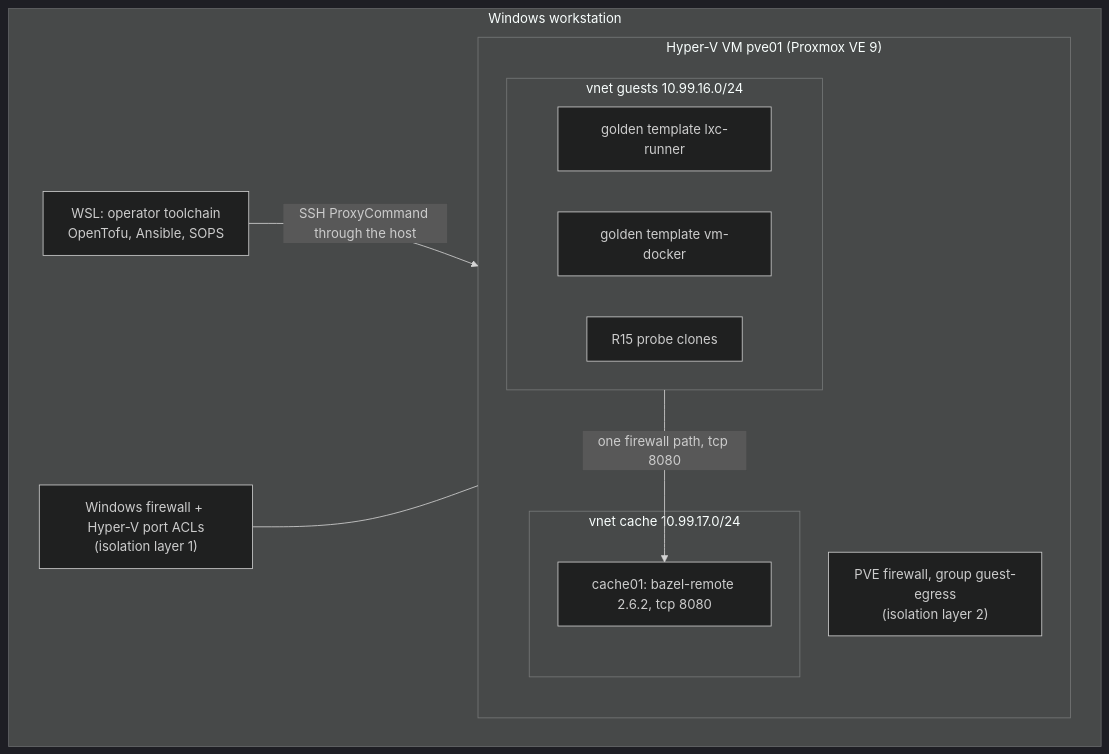
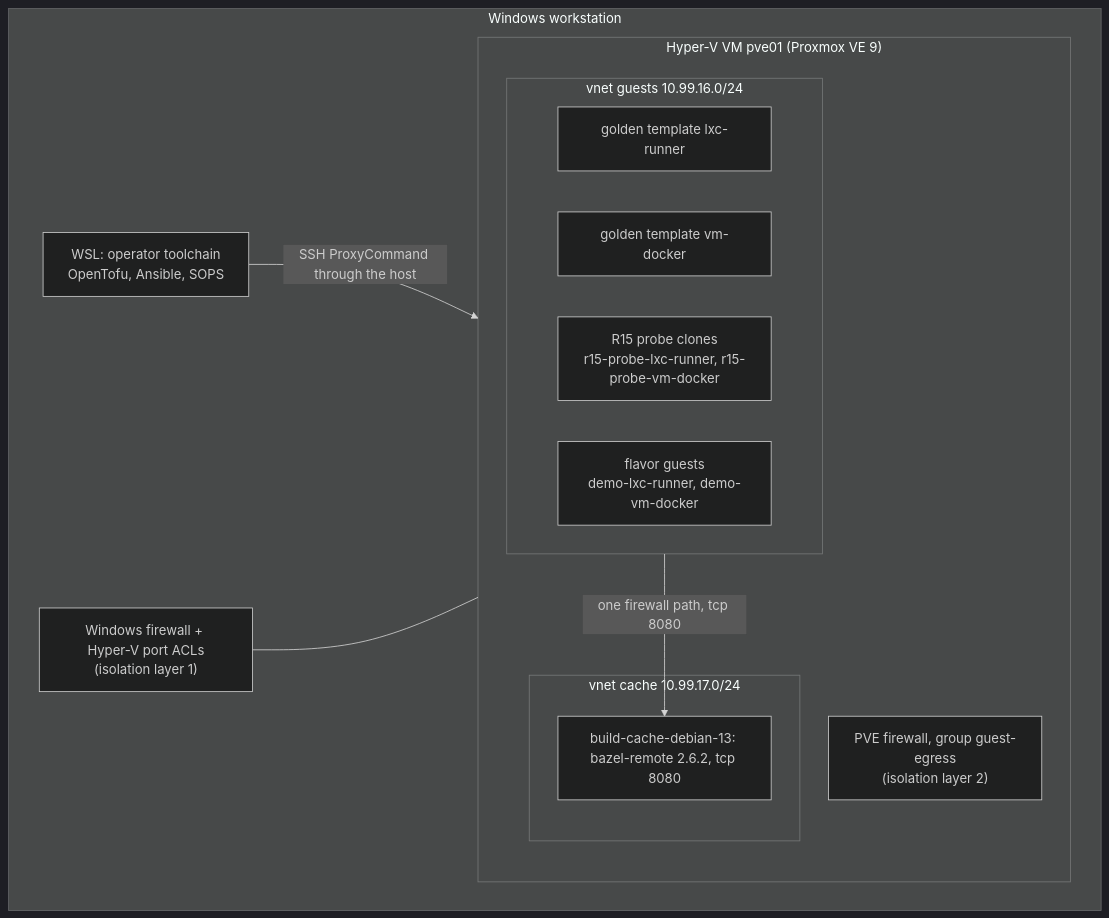
Before and after one commit to ugritchaichana/booth-homelab: the diagram in README.md, drawn with Mermaid (dark theme). The commit also changed other lines of this file and 2 other files, not shown here.

````diff
--- a/README.md
+++ b/README.md
@@ -23,21 +17,22 @@
 ```mermaid
 graph TD
     subgraph Win ["Windows workstation"]
         WSL["WSL: operator toolchain<br>OpenTofu, Ansible, SOPS"]
         FW["Windows firewall + Hyper-V port ACLs<br>(isolation layer 1)"]
         subgraph VM ["Hyper-V VM pve01 (Proxmox VE 9)"]
             PFW["PVE firewall, group guest-egress<br>(isolation layer 2)"]
             subgraph G ["vnet guests 10.99.16.0/24"]
                 T1["golden template lxc-runner"]
                 T2["golden template vm-docker"]
-                P["R15 probe clones"]
+                P["R15 probe clones<br>r15-probe-lxc-runner, r15-probe-vm-docker"]
+                F["flavor guests<br>demo-lxc-runner, demo-vm-docker"]
             end
             subgraph C ["vnet cache 10.99.17.0/24"]
-                CACHE["cache01: bazel-remote 2.6.2, tcp 8080"]
+                CACHE["build-cache-debian-13: bazel-remote 2.6.2, tcp 8080"]
             end
         end
     end
     WSL -->|"SSH ProxyCommand through the host"| VM
     G -->|"one firewall path, tcp 8080"| CACHE
     FW --- VM
 ```
````
